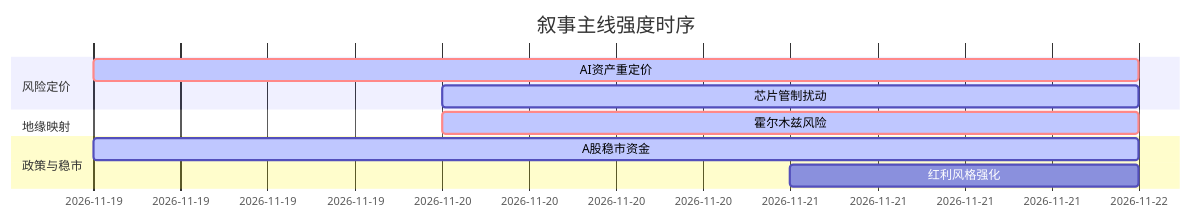
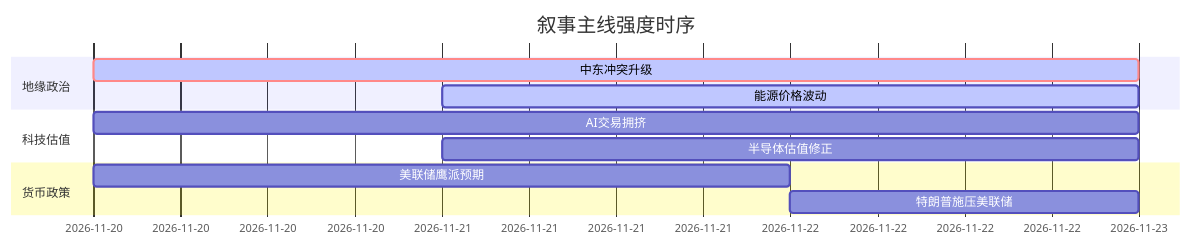
Before and after one commit to uu5zn/uu5zn.github.io: the diagram in 5day_report.md, drawn with Mermaid. The commit also changed other lines of this file and 4 other files, not shown here.

````diff
--- a/5day_report.md
+++ b/5day_report.md
@@ -54,15 +50,16 @@
 ```mermaid
 gantt
     title 叙事主线强度时序
     dateFormat  YYYY-MM-DD
-    section 风险定价
-    AI资产重定价   :crit, active, 2026-11-19, 3d
-    芯片管制扰动   :active, 2026-11-20, 2d
-
-    section 地缘映射
-    霍尔木兹风险   :crit, active, 2026-11-20, 2d
-
-    section 政策与稳市
-    A股稳市资金     :active, 2026-11-19, 3d
-    红利风格强化     :2026-11-21, 1d
+    section 地缘政治
+    中东冲突升级   :crit, active, 2026-11-20, 3d
+    能源价格波动   :active, 2026-11-21, 2d
+    
+    section 科技估值
+    AI交易拥挤    :2026-11-20, 3d
+    半导体估值修正 :2026-11-21, 2d
+    
+    section 货币政策
+    美联储鹰派预期 :2026-11-20, 2d
+    特朗普施压美联储 :2026-11-22, 1d
 ```
````
